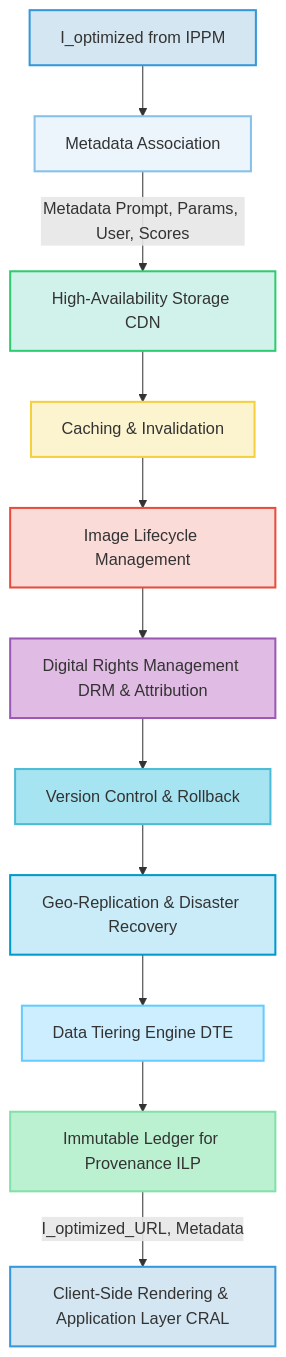
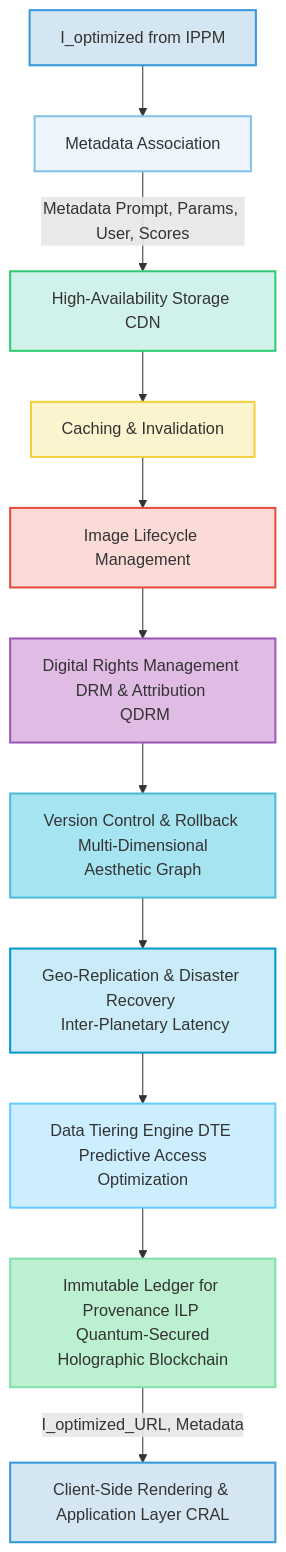
Before and after one commit to diplomat-bit/Citibank_Demo_Business_Inc_Demonstration-: the seventh of 12 diagrams in inventions/001_generative_ui_background.md, drawn with Mermaid. The commit also changed other lines of this file, not shown here.

````diff
--- a/inventions/001_generative_ui_background.md
+++ b/inventions/001_generative_ui_background.md
@@ -299,25 +318,25 @@
 ```mermaid
 graph TD
     A[I_optimized from IPPM] --> B[Metadata Association];
     B -- Metadata Prompt, Params, User, Scores --> C[High-Availability Storage CDN];
     C --> D[Caching & Invalidation];
     D --> E[Image Lifecycle Management];
-    E --> F[Digital Rights Management DRM & Attribution];
-    F --> G[Version Control & Rollback];
-    G --> H[Geo-Replication & Disaster Recovery];
-    H --> I[Data Tiering Engine DTE];
-    I --> J[Immutable Ledger for Provenance ILP];
+    E --> F[Digital Rights Management DRM & Attribution <br> QDRM];
+    F --> G[Version Control & Rollback <br> Multi-Dimensional Aesthetic Graph];
+    G --> H[Geo-Replication & Disaster Recovery <br> Inter-Planetary Latency];
+    H --> I[Data Tiering Engine DTE <br> Predictive Access Optimization];
+    I --> J[Immutable Ledger for Provenance ILP <br> Quantum-Secured Holographic Blockchain];
     J -- I_optimized_URL, Metadata --> K[Client-Side Rendering & Application Layer CRAL];
 
     style A fill:#D4E6F1,stroke:#3498DB,stroke-width:2px;
     style B fill:#EBF5FB,stroke:#85C1E9,stroke-width:2px;
     style C fill:#D1F2EB,stroke:#2ECC71,stroke-width:2px;
     style D fill:#FCF3CF,stroke:#F4D03F,stroke-width:2px;
     style E fill:#FADBD8,stroke:#E74C3C,stroke-width:2px;
     style F fill:#E0BBE4,stroke:#9B59B6,stroke-width:2px;
     style G fill:#A7E4F2,stroke:#4DBBD5,stroke-width:2px;
     style H fill:#C9ECF8,stroke:#0099CC,stroke-width:2px;
     style I fill:#CCEEFF,stroke:#66CCFF,stroke-width:2px;
     style J fill:#BBF0D0,stroke:#82E0AA,stroke-width:2px;
     style K fill:#D4E6F1,stroke:#3498DB,stroke-width:2px;
 ```
````
